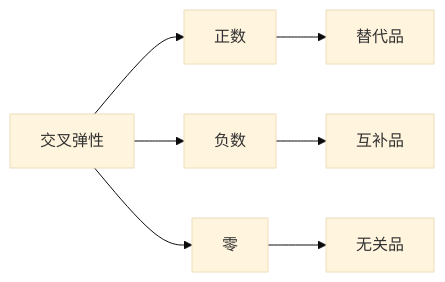
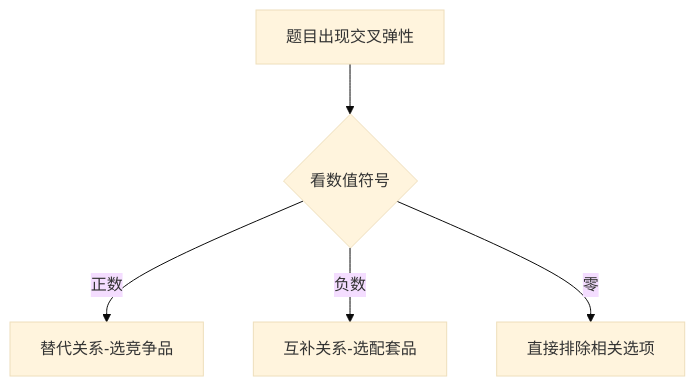
Before and after one commit to emary3399/obsidian_note: the diagram in emary/公基经典题库/经济学/交叉弹性.md, drawn with Mermaid (base theme). The commit also changed other lines of this file and 10 other files, not shown here.

````diff
--- a/emary/公基经典题库/经济学/交叉弹性.md
+++ b/emary/公基经典题库/经济学/交叉弹性.md
@@ -29,6 +19,7 @@
-```mermaid  
-graph LR  
-A[交叉弹性] --> B[正数] --> C[替代品]  
-A --> D[负数] --> E[互补品]  
-A --> F[零] --> G[无关品]  
-```  
+```mermaid
+graph TD
+    A[题目出现交叉弹性] --> B{看数值符号}
+    B -->|正数| C[替代关系-选竞争品]
+    B -->|负数| D[互补关系-选配套品]
+    B -->|零| E[直接排除相关选项]
+```
````
